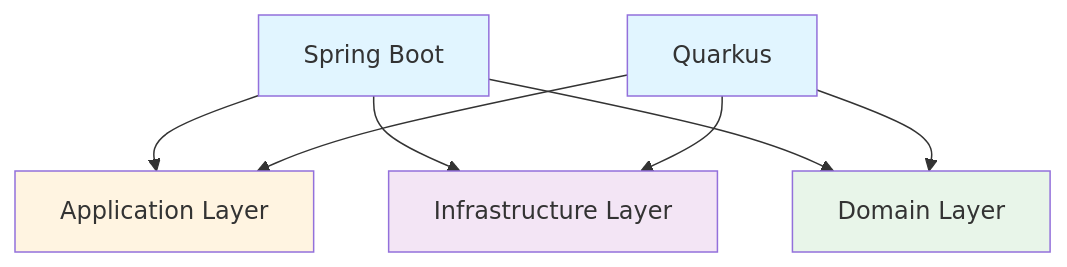
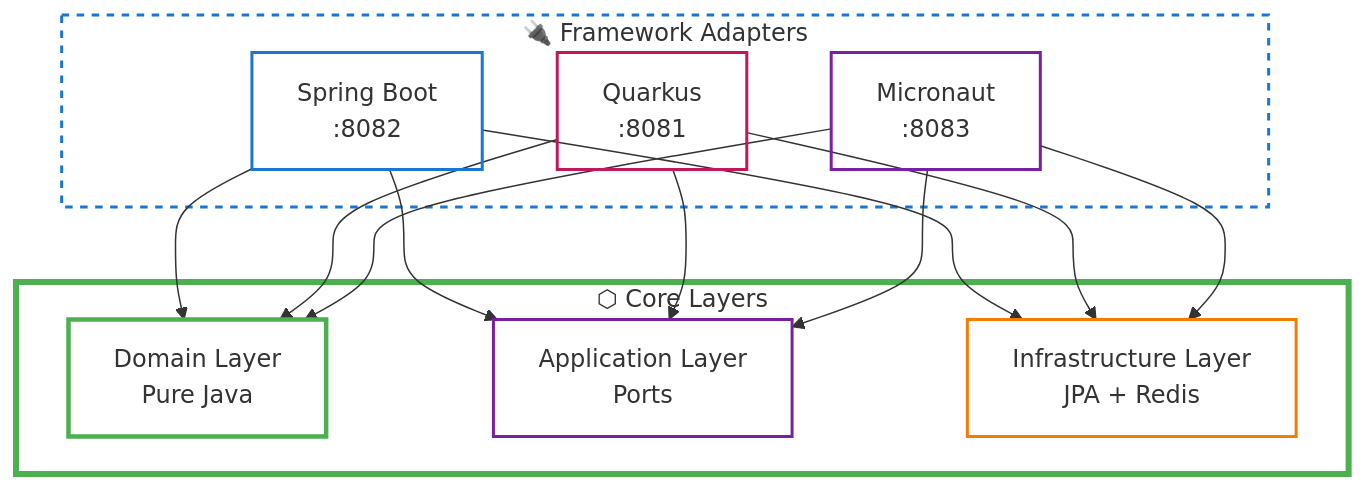
Before and after one commit to leandro-yamaniha/java-hexagonal: the first of 2 diagrams in docs/backend/FRAMEWORK_ARCHITECTURE_TESTS.md, drawn with Mermaid. The commit also changed other lines of this file and 6 other files, not shown here.

Commit message:
docs: add frontend Angular documentation and architecture diagrams

````diff
--- a/docs/backend/FRAMEWORK_ARCHITECTURE_TESTS.md
+++ b/docs/backend/FRAMEWORK_ARCHITECTURE_TESTS.md
@@ -197,16 +210,33 @@
 ```mermaid
-graph TD
-    SB[Spring Boot] --> APP[Application Layer]
-    SB --> INF[Infrastructure Layer]
-    SB --> DOM[Domain Layer]
+flowchart TD
+    subgraph Frameworks["🔌 Framework Adapters"]
+        SB[Spring Boot<br/>:8082]
+        QK[Quarkus<br/>:8081]
+        MN[Micronaut<br/>:8083]
+    end
     
-    QK[Quarkus] --> APP
+    subgraph Core["⬡ Core Layers"]
+        DOM[Domain Layer<br/>Pure Java]
+        APP[Application Layer<br/>Ports]
+        INF[Infrastructure Layer<br/>JPA + Redis]
+    end
+    
+    SB --> DOM
+    QK --> DOM
+    MN --> DOM
+    SB --> APP
+    QK --> APP
+    MN --> APP
+    SB --> INF
     QK --> INF
-    QK --> DOM
+    MN --> INF
     
-    style DOM fill:#e8f5e9
-    style APP fill:#fff4e1
-    style INF fill:#f3e5f5
-    style SB fill:#e1f5ff
-    style QK fill:#e1f5ff
+    style Frameworks fill:none,stroke:#1976D2,stroke-width:2px,stroke-dasharray: 5 5
+    style Core fill:none,stroke:#4caf50,stroke-width:4px
+    style DOM fill:none,stroke:#4caf50,stroke-width:3px
+    style APP fill:none,stroke:#7B1FA2,stroke-width:2px
+    style INF fill:none,stroke:#F57C00,stroke-width:2px
+    style SB fill:none,stroke:#1976D2,stroke-width:2px
+    style QK fill:none,stroke:#C2185B,stroke-width:2px
+    style MN fill:none,stroke:#7B1FA2,stroke-width:2px
 ```
````
